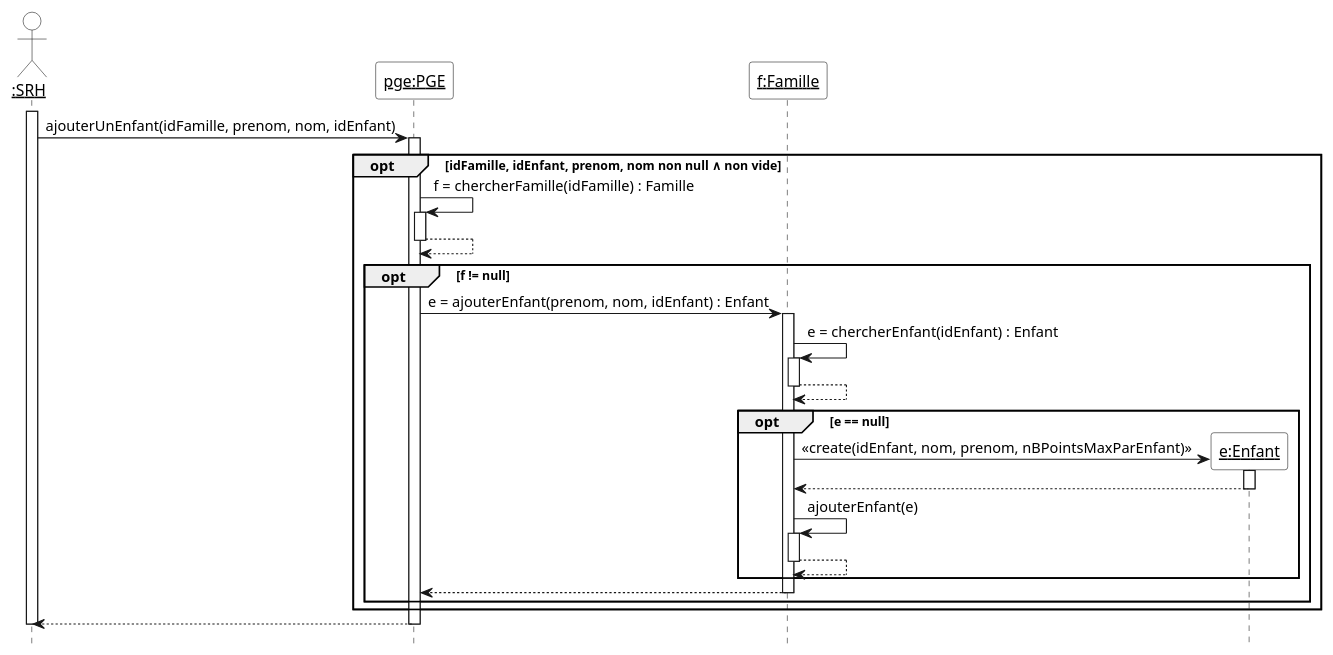
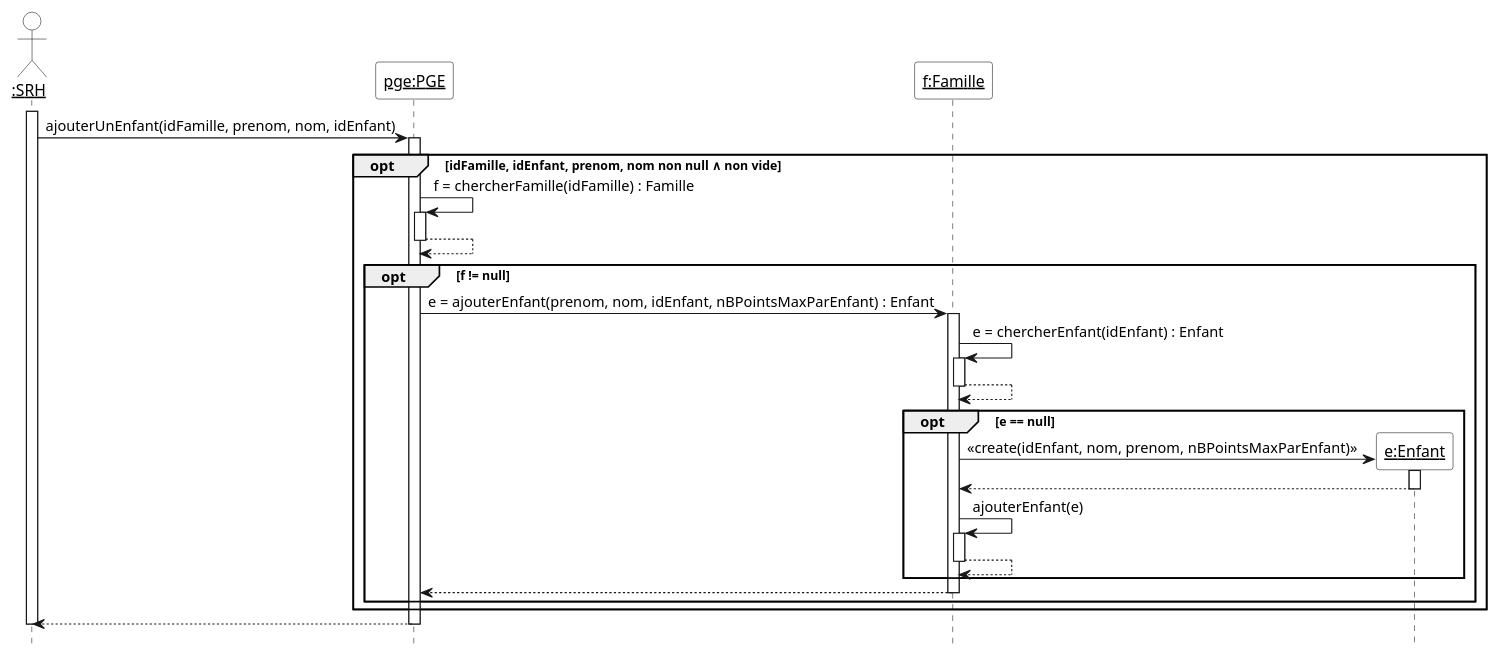
The diagram in Diagrammes/pge_uml_diag_seq_ajouter_un_enfant.pu (yasminebelmaaziz/dev_logiciel), drawn with PlantUML before and after one commit. The commit also changed 7 other files, not shown here.

Commit message:
correction arguments dans diagrammes de séquence

```diff
--- a/Diagrammes/pge_uml_diag_seq_ajouter_un_enfant.pu
+++ b/Diagrammes/pge_uml_diag_seq_ajouter_un_enfant.pu
@@ -1,38 +1,38 @@
 @startuml
 hide footbox
 skinparam sequenceParticipantBackgroundColor White
 skinparam sequenceActorBackgroundColor White
 
 actor "__:SRH__" as srh
 participant "__pge:PGE__" as pge
 participant "__f:Famille__" as f
 
 activate srh
 srh -> pge ++ : ajouterUnEnfant(idFamille, prenom, nom, idEnfant)
 
 opt idFamille, idEnfant, prenom, nom non null ∧ non vide
   pge -> pge ++ : f = chercherFamille(idFamille) : Famille
   return
 
   opt f != null
-    pge -> f ++ : e = ajouterEnfant(prenom, nom, idEnfant) : Enfant
+    pge -> f ++ : e = ajouterEnfant(prenom, nom, idEnfant, nBPointsMaxParEnfant) : Enfant
     
     f -> f ++ : e = chercherEnfant(idEnfant) : Enfant
     return
 
     opt e == null
       create "__e:Enfant__" as e
       f -> e ++ : <<create(idEnfant, nom, prenom, nBPointsMaxParEnfant)>>
       return
 
       f -> f ++ : ajouterEnfant(e)
       return
     end
 
     return
   end
 end
 
 return
 deactivate srh
 @enduml
```
